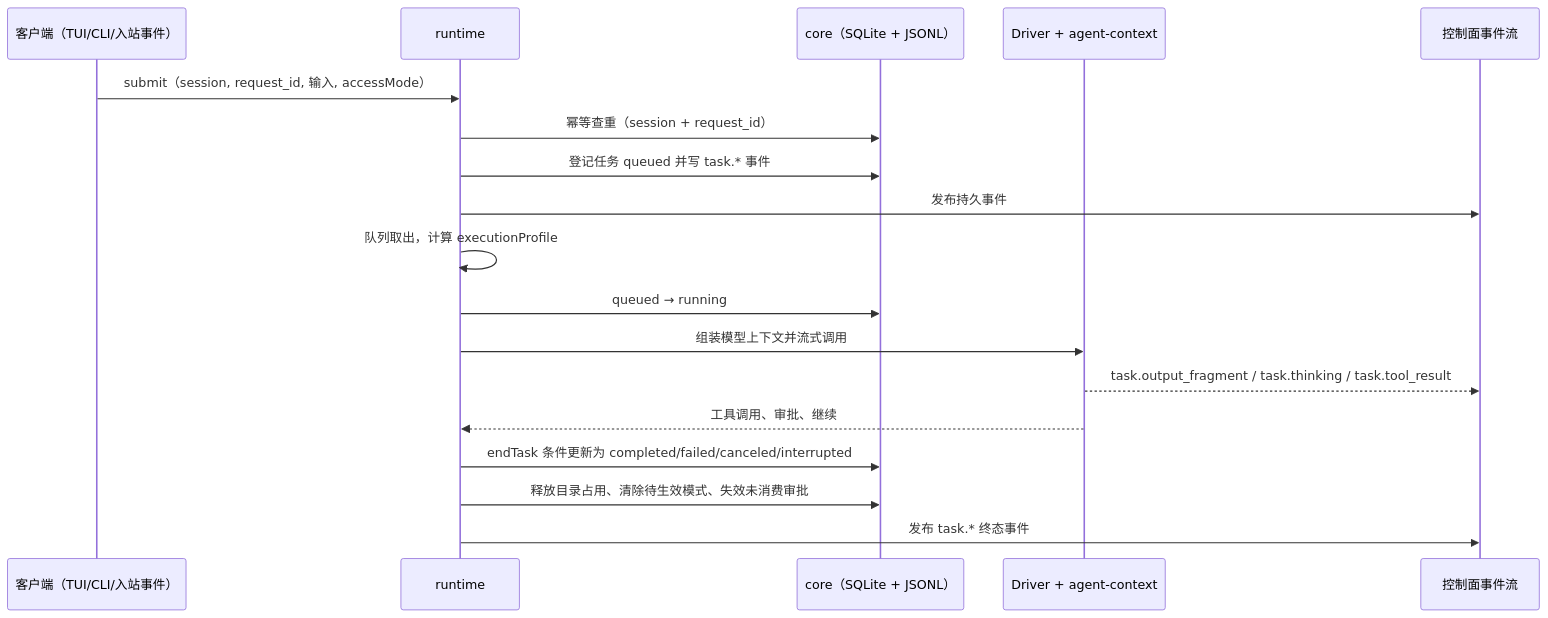
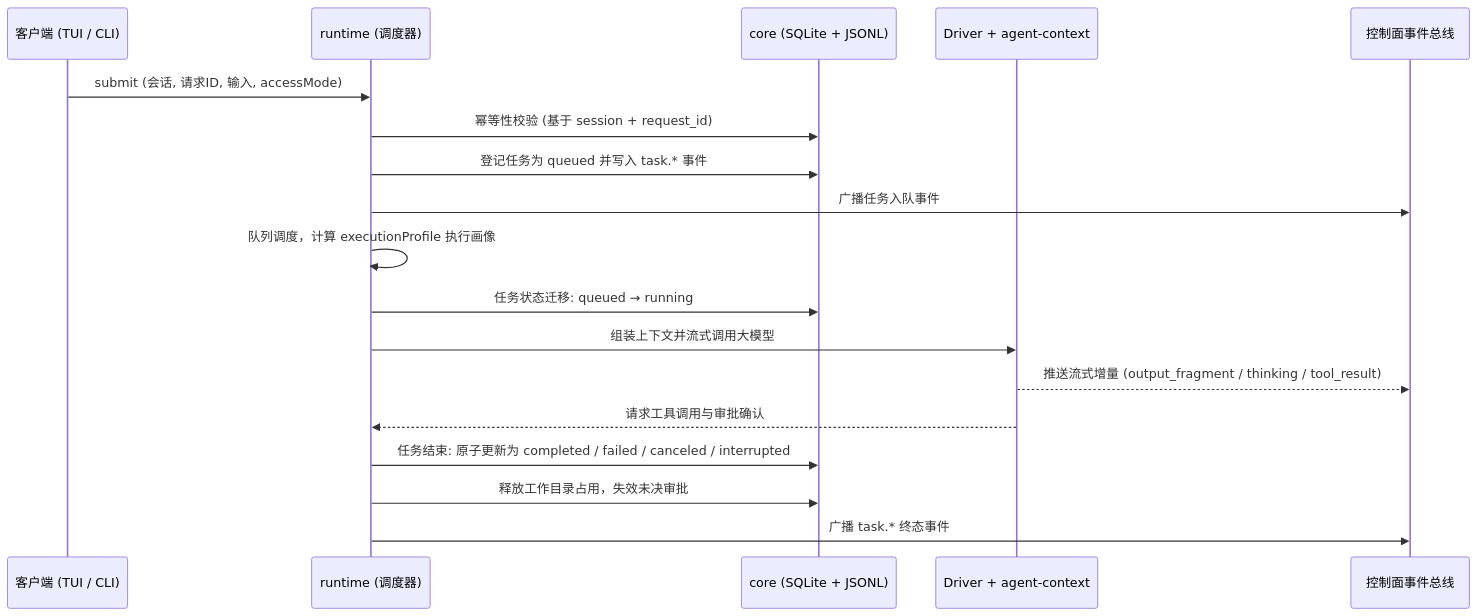
The first of 4 diagrams in docs/architecture.md (num-lab/Ruukoto), drawn with Mermaid before and after one commit. The commit also changed other lines of this file and 19 other files, not shown here.

````diff
--- a/docs/architecture.md
+++ b/docs/architecture.md
@@ -35,21 +37,21 @@
 ```mermaid
 sequenceDiagram
-  participant C as 客户端（TUI/CLI/入站事件）
-  participant Rt as runtime
-  participant St as core（SQLite + JSONL）
-  participant D as Driver + agent-context
-  participant CP as 控制面事件流
+  participant Client as 客户端 (TUI / CLI)
+  participant Runtime as runtime (调度器)
+  participant Store as core (SQLite + JSONL)
+  participant Driver as Driver + agent-context
+  participant Control as 控制面事件总线
 
-  C->>Rt: submit（session, request_id, 输入, accessMode）
-  Rt->>St: 幂等查重（session + request_id）
-  Rt->>St: 登记任务 queued 并写 task.* 事件
-  Rt->>CP: 发布持久事件
-  Rt->>Rt: 队列取出，计算 executionProfile
-  Rt->>St: queued → running
-  Rt->>D: 组装模型上下文并流式调用
-  D-->>CP: task.output_fragment / task.thinking / task.tool_result
-  D-->>Rt: 工具调用、审批、继续
-  Rt->>St: endTask 条件更新为 completed/failed/canceled/interrupted
-  Rt->>St: 释放目录占用、清除待生效模式、失效未消费审批
-  Rt->>CP: 发布 task.* 终态事件
+  Client->>Runtime: submit (会话, 请求ID, 输入, accessMode)
+  Runtime->>Store: 幂等性校验 (基于 session + request_id)
+  Runtime->>Store: 登记任务为 queued 并写入 task.* 事件
+  Runtime->>Control: 广播任务入队事件
+  Runtime->>Runtime: 队列调度，计算 executionProfile 执行画像
+  Runtime->>Store: 任务状态迁移: queued → running
+  Runtime->>Driver: 组装上下文并流式调用大模型
+  Driver-->>Control: 推送流式增量 (output_fragment / thinking / tool_result)
+  Driver-->>Runtime: 请求工具调用与审批确认
+  Runtime->>Store: 任务结束: 原子更新为 completed / failed / canceled / interrupted
+  Runtime->>Store: 释放工作目录占用，失效未决审批
+  Runtime->>Control: 广播 task.* 终态事件
 ```
````
